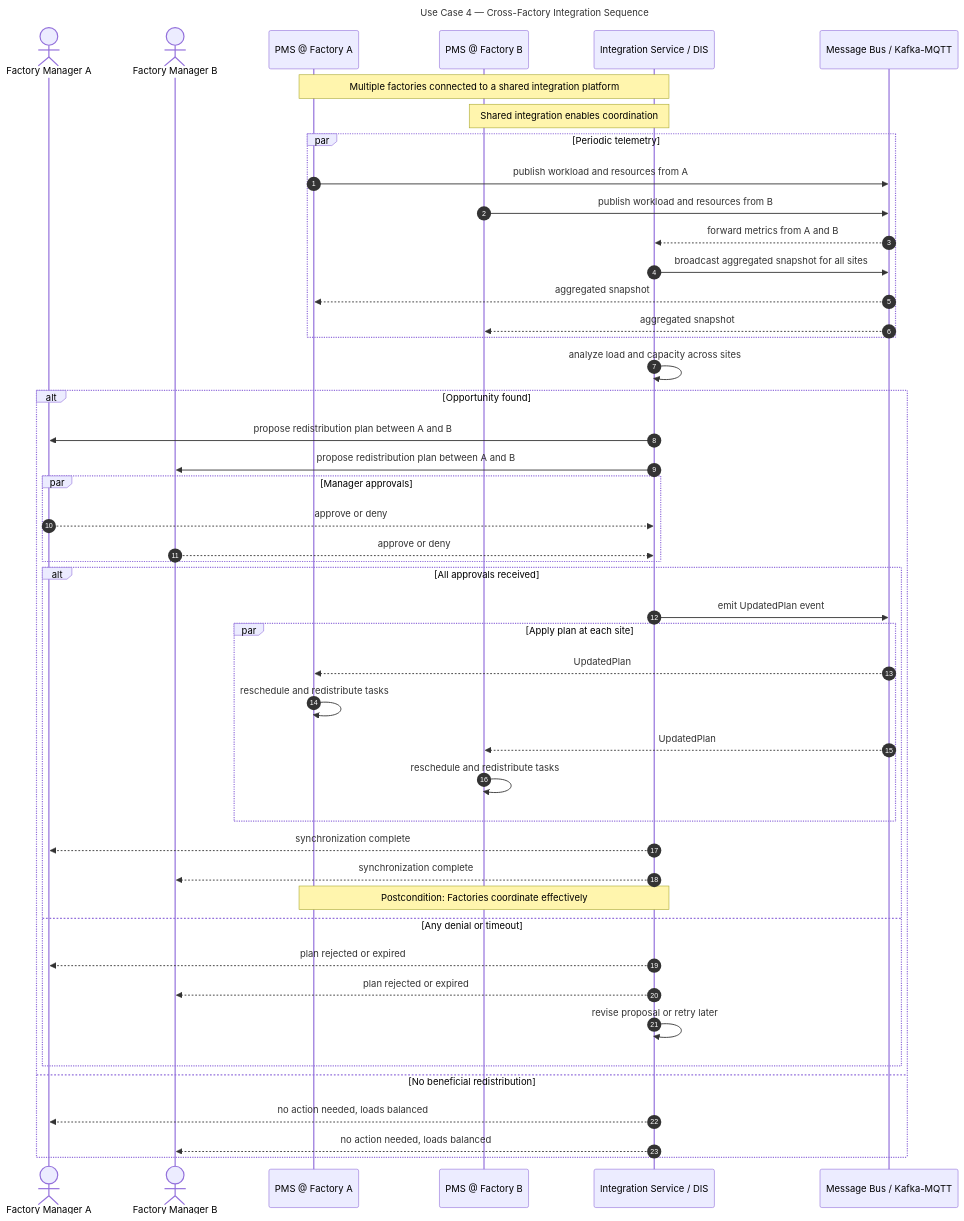
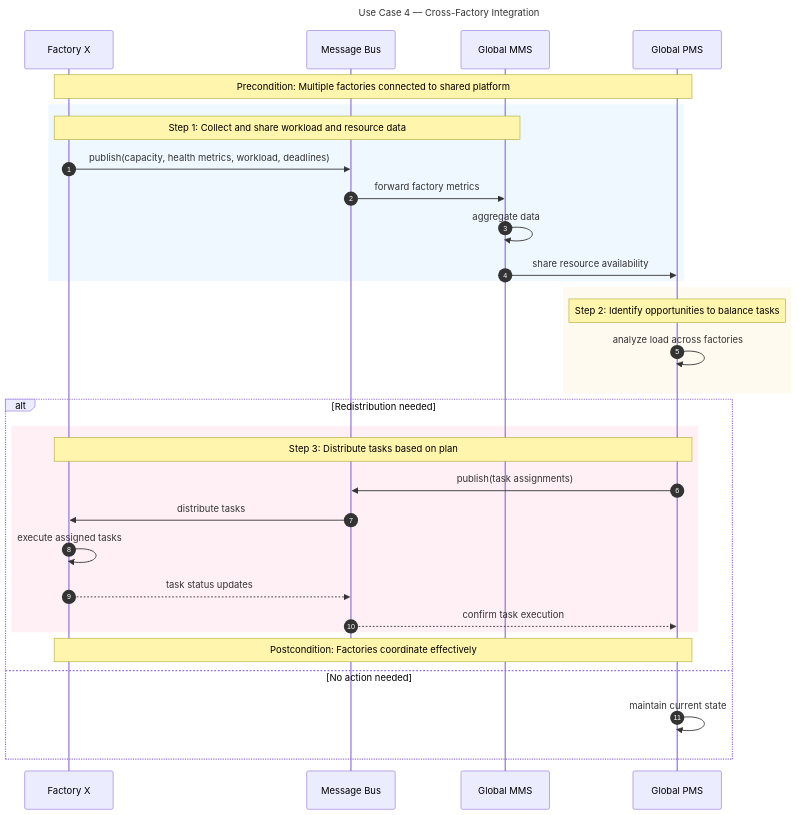
Before and after one commit to Kongstad-Dev/AdvancedSoftwareArchG5: the diagram in diagrams/CFI-behavior-sequence.mmd, drawn with Mermaid. The commit also changed 1 other file, not shown here.

Commit message:
New Diagram

```diff
--- a/diagrams/CFI-behavior-sequence.mmd
+++ b/diagrams/CFI-behavior-sequence.mmd
@@ -1,58 +1,44 @@
 sequenceDiagram
     autonumber
-    title Use Case 4 — Cross-Factory Integration Sequence
+    title Use Case 4 — Cross-Factory Integration
 
     %% Participants
-    actor ManagerA as Factory Manager A
-    actor ManagerB as Factory Manager B
-    participant PMS_A as PMS @ Factory A
-    participant PMS_B as PMS @ Factory B
-    participant DIS as Integration Service / DIS
-    participant BUS as Message Bus / Kafka-MQTT
+    participant FactoryX as Factory X
+    participant BUS as Message Bus
+    participant Global_MMS as Global MMS
+    participant Global_PMS as Global PMS
 
     %% Preconditions
-    note over PMS_A,DIS: Multiple factories connected to a shared integration platform
-    note over PMS_B,DIS: Shared integration enables coordination
+    note over FactoryX,Global_PMS: Precondition: Multiple factories connected to shared platform
 
-    %% 1. Collect & share workload/resource data
-    par Periodic telemetry
-        PMS_A ->> BUS: publish workload and resources from A
-        PMS_B ->> BUS: publish workload and resources from B
-        BUS -->> DIS: forward metrics from A and B
-        DIS ->> BUS: broadcast aggregated snapshot for all sites
-        BUS -->> PMS_A: aggregated snapshot
-        BUS -->> PMS_B: aggregated snapshot
+    %% Step 1: Collect & share data
+    rect rgb(240, 248, 255)
+        note over FactoryX,Global_MMS: Step 1: Collect and share workload and resource data
+        FactoryX ->> BUS: publish(capacity, health metrics, workload, deadlines)
+        BUS ->> Global_MMS: forward factory metrics
+        Global_MMS ->> Global_MMS: aggregate data
+        Global_MMS ->> Global_PMS: share resource availability
     end
 
-    %% 2. Identify balancing opportunities
-    DIS ->> DIS: analyze load and capacity across sites
-    alt Opportunity found
-        DIS ->> ManagerA: propose redistribution plan between A and B
-        DIS ->> ManagerB: propose redistribution plan between A and B
+    %% Step 2: Identify opportunities
+    rect rgb(255, 250, 240)
+        note over Global_PMS: Step 2: Identify opportunities to balance tasks
+        Global_PMS ->> Global_PMS: analyze load across factories
+    end
 
-        par Manager approvals
-            ManagerA -->> DIS: approve or deny
-            ManagerB -->> DIS: approve or deny
+    alt Redistribution needed
+        %% Step 3: Distribute tasks
+        rect rgb(255, 240, 245)
+            note over FactoryX,Global_PMS: Step 3: Distribute tasks based on plan
+            Global_PMS ->> BUS: publish(task assignments)
+            BUS ->> FactoryX: distribute tasks
+            FactoryX ->> FactoryX: execute assigned tasks
+            FactoryX -->> BUS: task status updates
+            BUS -->> Global_PMS: confirm task execution
         end
 
-        alt All approvals received
-            %% 3. Synchronize updated plan across factories
-            DIS ->> BUS: emit UpdatedPlan event
-            par Apply plan at each site
-                BUS -->> PMS_A: UpdatedPlan
-                PMS_A ->> PMS_A: reschedule and redistribute tasks
-                BUS -->> PMS_B: UpdatedPlan
-                PMS_B ->> PMS_B: reschedule and redistribute tasks
-            end
-            DIS -->> ManagerA: synchronization complete
-            DIS -->> ManagerB: synchronization complete
-            note over DIS,PMS_A: Postcondition: Factories coordinate effectively
-        else Any denial or timeout
-            DIS -->> ManagerA: plan rejected or expired
-            DIS -->> ManagerB: plan rejected or expired
-            DIS ->> DIS: revise proposal or retry later
-        end
-    else No beneficial redistribution
-        DIS -->> ManagerA: no action needed, loads balanced
-        DIS -->> ManagerB: no action needed, loads balanced
+        note over FactoryX,Global_PMS: Postcondition: Factories coordinate effectively
+
+    else No action needed
+        Global_PMS ->> Global_PMS: maintain current state
     end
```
